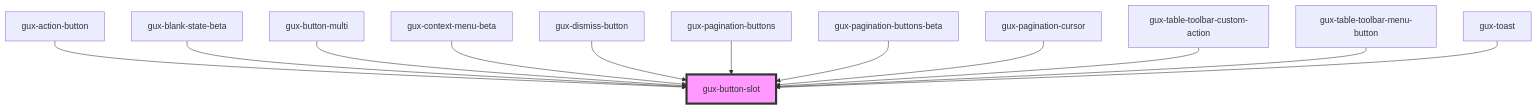
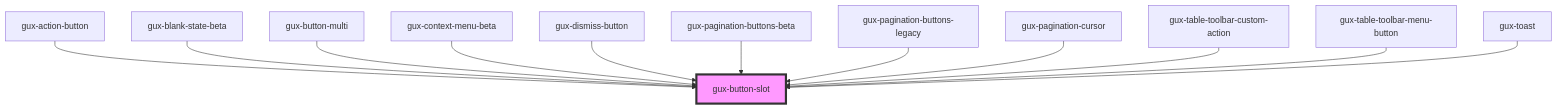
Before and after one commit to MyPureCloud/genesys-spark: the diagram in packages/genesys-spark-components/src/components/stable/gux-button-slot/readme.md, drawn with Mermaid. The commit also changed other lines of this file and 59 other files, not shown here.

First line of the commit message:
refactor(pagination): move from stable to legacy

````diff
--- a/packages/genesys-spark-components/src/components/stable/gux-button-slot/readme.md
+++ b/packages/genesys-spark-components/src/components/stable/gux-button-slot/readme.md
@@ -36,15 +36,15 @@
 ```mermaid
 graph TD;
   gux-action-button --> gux-button-slot
   gux-blank-state-beta --> gux-button-slot
   gux-button-multi --> gux-button-slot
   gux-context-menu-beta --> gux-button-slot
   gux-dismiss-button --> gux-button-slot
-  gux-pagination-buttons --> gux-button-slot
   gux-pagination-buttons-beta --> gux-button-slot
+  gux-pagination-buttons-legacy --> gux-button-slot
   gux-pagination-cursor --> gux-button-slot
   gux-table-toolbar-custom-action --> gux-button-slot
   gux-table-toolbar-menu-button --> gux-button-slot
   gux-toast --> gux-button-slot
   style gux-button-slot fill:#f9f,stroke:#333,stroke-width:4px
 ```
````
